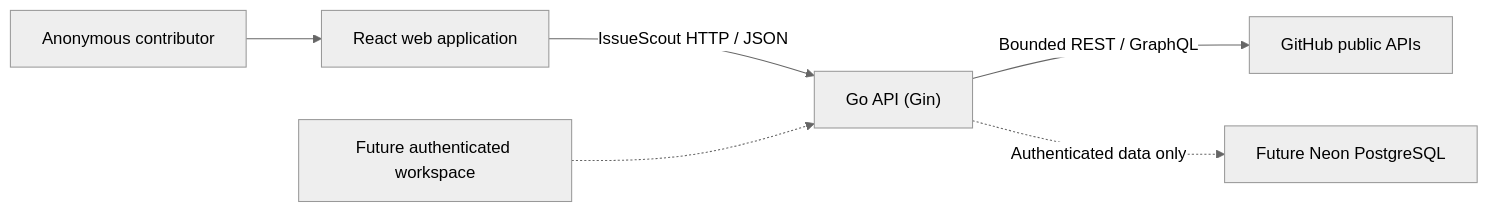
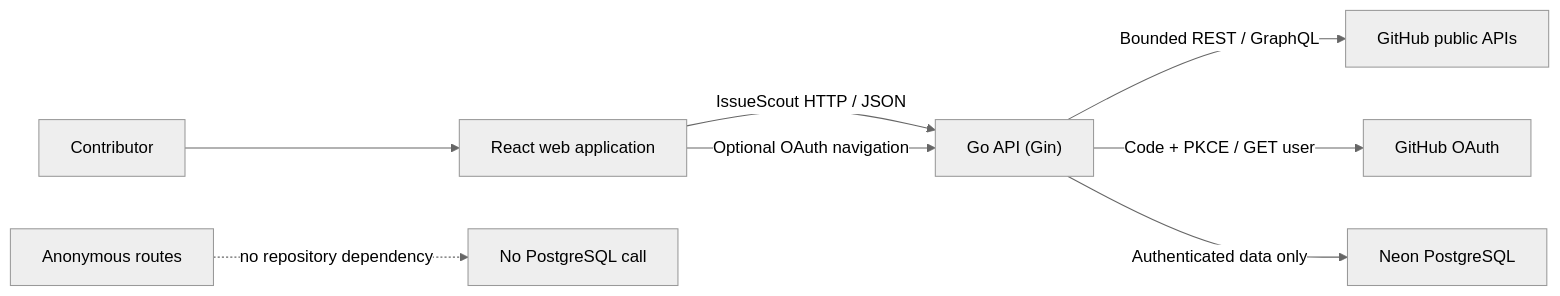
One commit to tensho1026/github-issue-search changed the first of 4 diagrams in docs/architecture.md. Above: the diagram before and after it, drawn with Mermaid (neutral theme). The commit also changed other lines of this file and 51 other files, not shown here.

First line of the commit message:
feat(auth): add secure optional GitHub OAuth sessions (#57)

````diff
--- a/docs/architecture.md
+++ b/docs/architecture.md
@@ -9,8 +10,10 @@
 ```mermaid
 flowchart LR
-    User["Anonymous contributor"] --> Web["React web application"]
+    User["Contributor"] --> Web["React web application"]
     Web -->|"IssueScout HTTP / JSON"| API["Go API (Gin)"]
     API -->|"Bounded REST / GraphQL"| GitHub["GitHub public APIs"]
-    Account["Future authenticated workspace"] -.-> API
-    API -.->|"Authenticated data only"| Neon["Future Neon PostgreSQL"]
+    Web -->|"Optional OAuth navigation"| API
+    API -->|"Code + PKCE / GET user"| OAuth["GitHub OAuth"]
+    API -->|"Authenticated data only"| Neon["Neon PostgreSQL"]
+    Anonymous["Anonymous routes"] -. "no repository dependency" .-> Isolation["No PostgreSQL call"]
 ```
````
